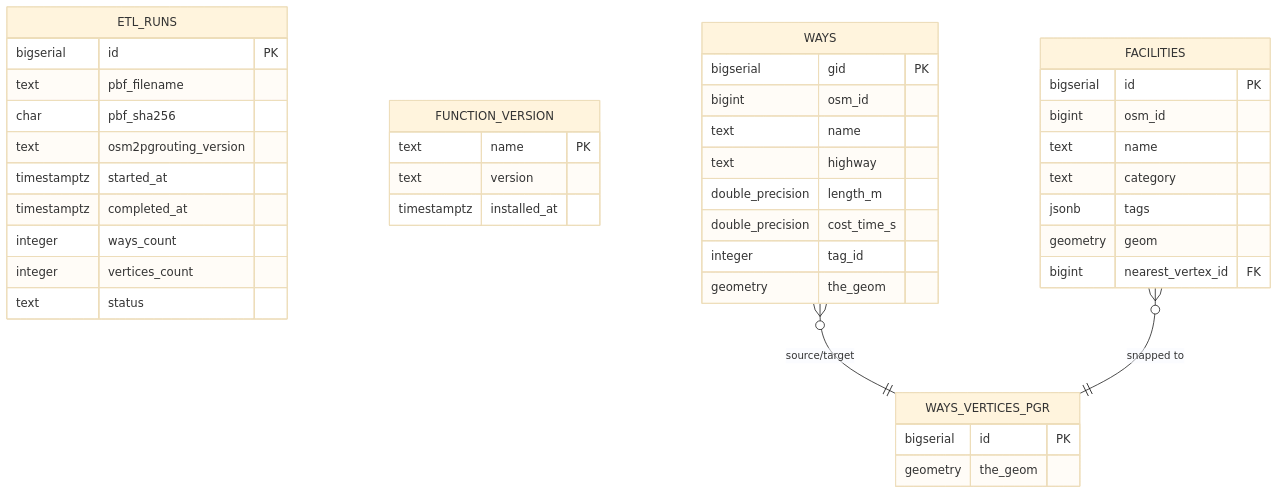
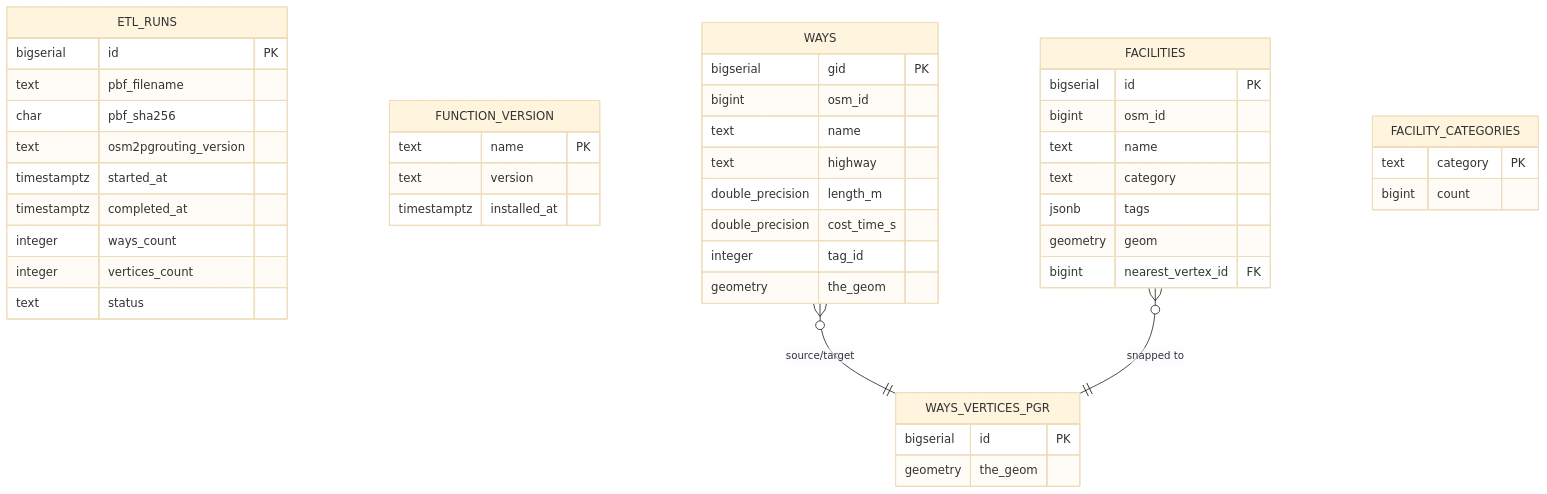
Before and after one commit to rrajaramengg-spec/open-network-solver: the fifth of 5 diagrams in docs/architecture.md, drawn with Mermaid (base theme). The commit also changed other lines of this file and 52 other files, not shown here.

````diff
--- a/docs/architecture.md
+++ b/docs/architecture.md
@@ -134,44 +143,48 @@
 ```mermaid
 erDiagram
     ETL_RUNS {
         bigserial id PK
         text pbf_filename
         char pbf_sha256
         text osm2pgrouting_version
         timestamptz started_at
         timestamptz completed_at
         integer ways_count
         integer vertices_count
         text status
     }
     FUNCTION_VERSION {
         text name PK
         text version
         timestamptz installed_at
     }
     WAYS {
         bigserial gid PK
         bigint osm_id
         text name
         text highway
         double_precision length_m
         double_precision cost_time_s
         integer tag_id
         geometry the_geom
     }
     WAYS_VERTICES_PGR {
         bigserial id PK
         geometry the_geom
     }
     FACILITIES {
         bigserial id PK
         bigint osm_id
         text name
         text category
         jsonb tags
         geometry geom
         bigint nearest_vertex_id FK
     }
+    FACILITY_CATEGORIES {
+        text category PK
+        bigint count
+    }
     WAYS }o--|| WAYS_VERTICES_PGR : "source/target"
     FACILITIES }o--|| WAYS_VERTICES_PGR : "snapped to"
 ```
````
